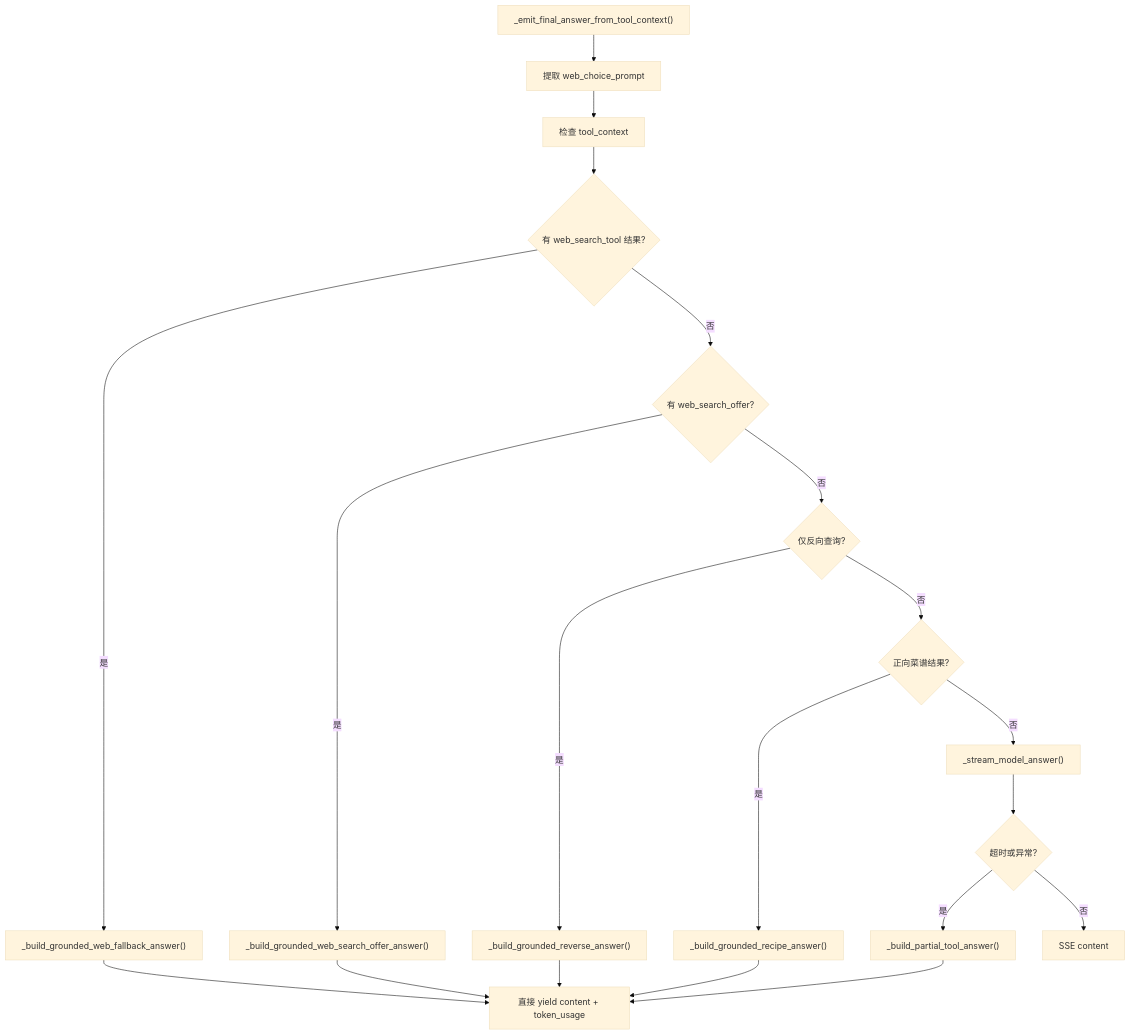
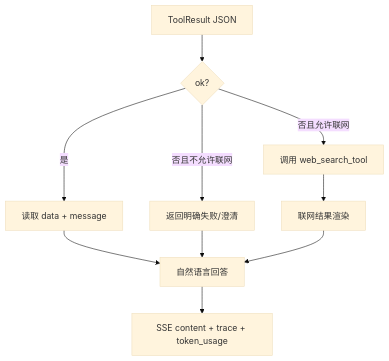
Before and after one commit to QDcvd/CookGraph: the third of 3 diagrams in doc/USER_MESSAGE_CALL_CHAIN.md, drawn with Mermaid (base theme). The commit also changed other lines of this file and 52 other files, not shown here.

````diff
--- a/doc/USER_MESSAGE_CALL_CHAIN.md
+++ b/doc/USER_MESSAGE_CALL_CHAIN.md
@@ -227,19 +175,12 @@
 ```mermaid
 flowchart TD
-    A["_emit_final_answer_from_tool_context()"] --> A1["提取 web_choice_prompt"]
-    A1 --> B["检查 tool_context"]
-
-    B --> C{"有 web_search_tool 结果?"}
-    C -->|是| D["_build_grounded_web_fallback_answer()"]
-    C -->|否| E{"有 web_search_offer?"}
-    E -->|是| F["_build_grounded_web_search_offer_answer()"]
-    E -->|否| G{"仅反向查询?"}
-    G -->|是| H["_build_grounded_reverse_answer()"]
-    G -->|否| I{"正向菜谱结果?"}
-    I -->|是| J["_build_grounded_recipe_answer()"]
-    I -->|否| K["_stream_model_answer()"]
-    K --> L{"超时或异常?"}
-    L -->|是| M["_build_partial_tool_answer()"]
-    D --> N["直接 yield content + token_usage"]
-    F --> N; H --> N; J --> N; M --> N; L -->|否| O["SSE content"]
+    A["ToolResult JSON"] --> B{"ok?"}
+    B -->|否且允许联网| C["调用 web_search_tool"]
+    B -->|否且不允许联网| D["返回明确失败/澄清"]
+    B -->|是| E["读取 data + message"]
+    C --> F["联网结果渲染"]
+    E --> G["自然语言回答"]
+    D --> G
+    F --> G
+    G --> H["SSE content + trace + token_usage"]
 ```
````
